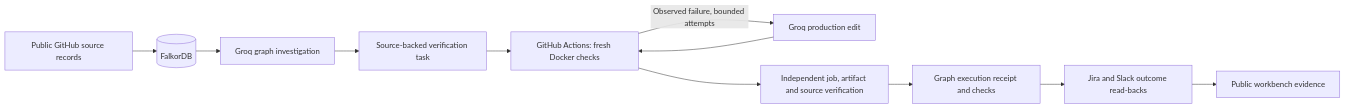
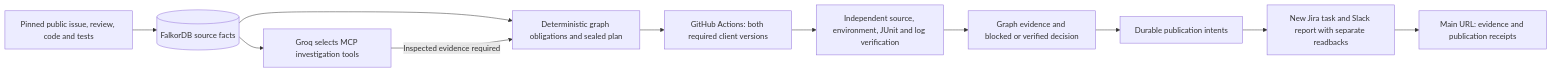
One commit to RHUDHRESH/baton-change-verification changed the diagram in README.md. Above: the diagram before and after it, drawn with Mermaid. The commit also changed other lines of this file and 2 other files, not shown here.

Commit message:
Make required implementation source choices explicit in investigation

````diff
--- a/README.md
+++ b/README.md
@@ -93,13 +95,13 @@
 ```mermaid
 flowchart LR
-  Source[Public GitHub source records] --> Graph[(FalkorDB)]
-  Graph --> Agent[Groq graph investigation]
-  Agent --> Task[Source-backed verification task]
-  Task --> Runner[GitHub Actions: fresh Docker checks]
-  Runner -->|Observed failure, bounded attempts| Repair[Groq production edit]
-  Repair --> Runner
-  Runner --> Gate[Independent job, artifact and source verification]
-  Gate --> Receipt[Graph execution receipt and checks]
-  Receipt --> Tools[Jira and Slack outcome read-backs]
-  Tools --> UI[Public workbench evidence]
+  Source[Pinned public issue, review, code and tests] --> Graph[(FalkorDB source facts)]
+  Graph --> Agent[Groq selects MCP investigation tools]
+  Graph --> Plan[Deterministic graph obligations and sealed plan]
+  Agent -->|Inspected evidence required| Plan
+  Plan --> Runner[GitHub Actions: both required client versions]
+  Runner --> Gate[Independent source, environment, JUnit and log verification]
+  Gate --> Receipt[Graph evidence and blocked or verified decision]
+  Receipt --> Intent[Durable publication intents]
+  Intent --> Tools[New Jira task and Slack report with separate readbacks]
+  Tools --> UI[Main URL: evidence and publication receipts]
 ```
````
